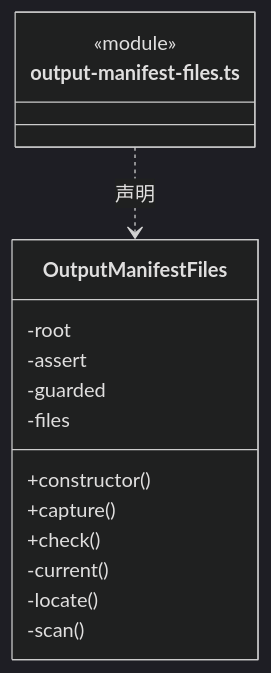
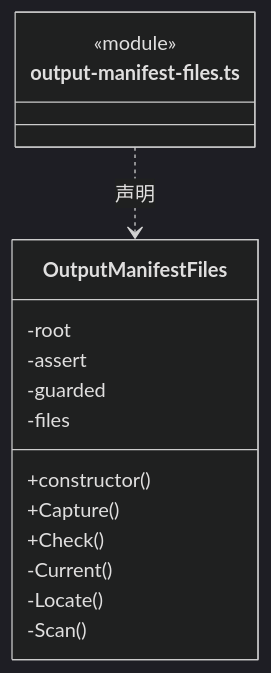
Before and after one commit to nan023062/cbim: the ninth of 14 diagrams in src/logic/file-operations/platform/files/ARCHITECTURE.md, drawn with Mermaid (dark theme). The commit also changed other lines of this file and 1035 other files, not shown here.

````diff
--- a/src/logic/file-operations/platform/files/ARCHITECTURE.md
+++ b/src/logic/file-operations/platform/files/ARCHITECTURE.md
@@ -231,19 +231,19 @@
 ```mermaid
 classDiagram
 class N_src_logic_file_operations_platform_files_output_manifest_files_ts["output-manifest-files.ts"] {
   <<module>>
 }
 class N_src_logic_file_operations_platform_files_output_manifest_files_ts_OutputManifestFiles["OutputManifestFiles"] {
   +constructor()
-  +capture()
-  +check()
+  +Capture()
+  +Check()
   -root
   -assert
   -guarded
   -files
-  -current()
-  -locate()
-  -scan()
+  -Current()
+  -Locate()
+  -Scan()
 }
 N_src_logic_file_operations_platform_files_output_manifest_files_ts ..> N_src_logic_file_operations_platform_files_output_manifest_files_ts_OutputManifestFiles : 声明
 ```
````
